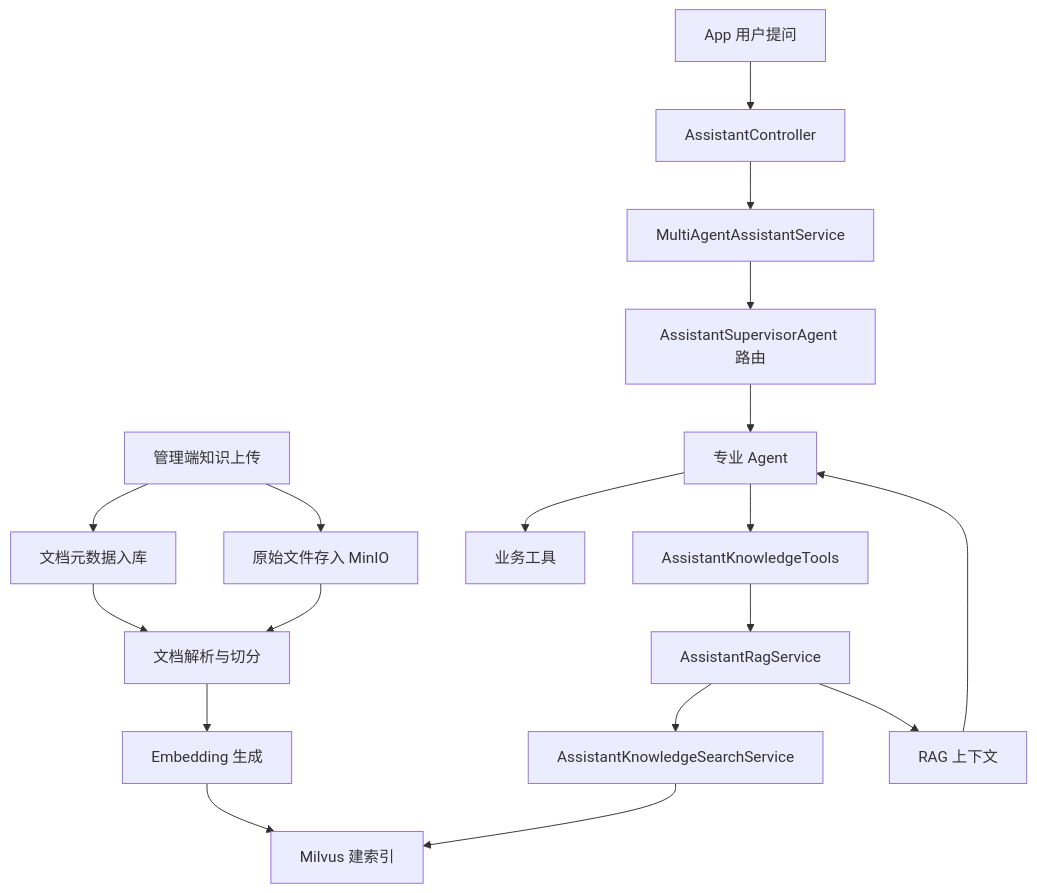
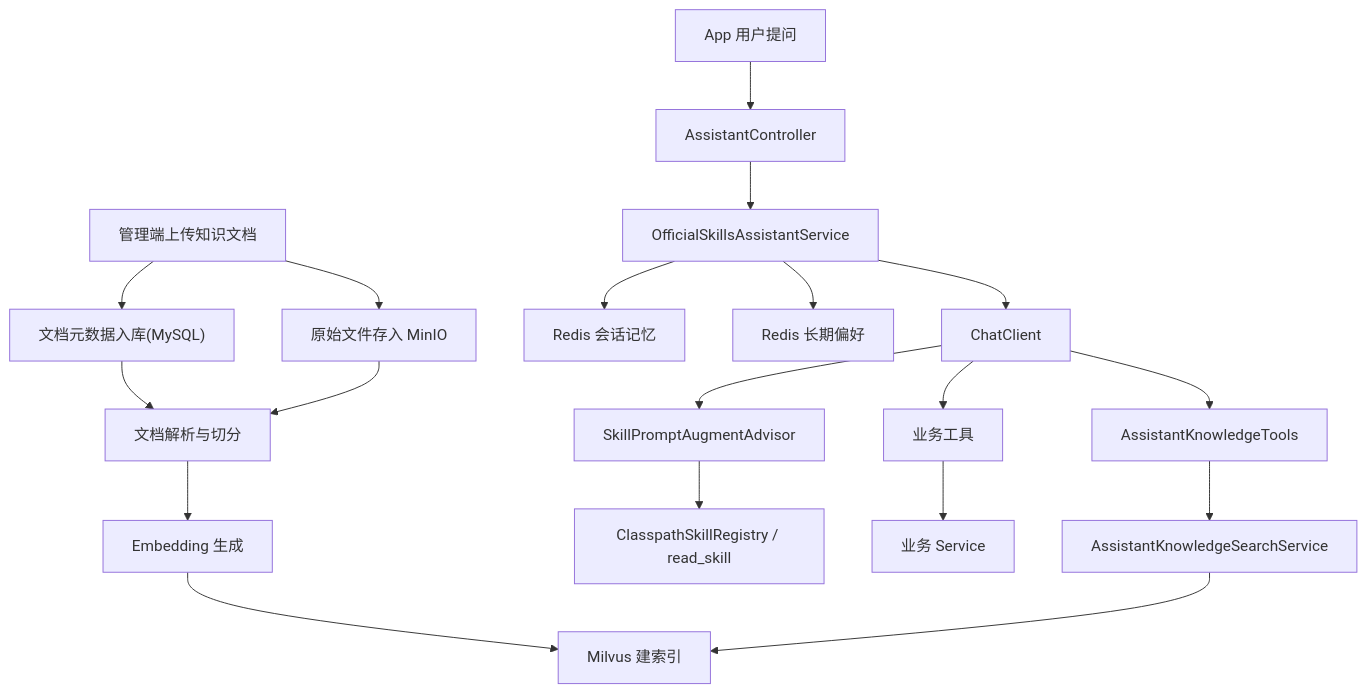
Before and after one commit to asddsa886/lease: the diagram in doc/assistant-rag-architecture.md, drawn with Mermaid. The commit also changed other lines of this file and 16 other files, not shown here.

````diff
--- a/doc/assistant-rag-architecture.md
+++ b/doc/assistant-rag-architecture.md
@@ -49,21 +25,22 @@
 ```mermaid
 flowchart TD
-    A["管理端知识上传"] --> B["文档元数据入库"]
+    A["管理端上传知识文档"] --> B["文档元数据入库(MySQL)"]
     A --> C["原始文件存入 MinIO"]
     B --> D["文档解析与切分"]
     C --> D
     D --> E["Embedding 生成"]
     E --> F["Milvus 建索引"]
 
     U["App 用户提问"] --> G["AssistantController"]
-    G --> H["MultiAgentAssistantService"]
-    H --> I["AssistantSupervisorAgent 路由"]
-    I --> J["专业 Agent"]
-    J --> K["业务工具"]
-    J --> L["AssistantKnowledgeTools"]
-    L --> M["AssistantRagService"]
-    M --> N["AssistantKnowledgeSearchService"]
-    N --> F
-    M --> O["RAG 上下文"]
-    O --> J
+    G --> H["OfficialSkillsAssistantService"]
+    H --> I["Redis 会话记忆"]
+    H --> J["Redis 长期偏好"]
+    H --> K["ChatClient"]
+    K --> L["SkillPromptAugmentAdvisor"]
+    L --> M["ClasspathSkillRegistry / read_skill"]
+    K --> N["业务工具"]
+    N --> O["业务 Service"]
+    K --> P["AssistantKnowledgeTools"]
+    P --> Q["AssistantKnowledgeSearchService"]
+    Q --> F
 ```
````
